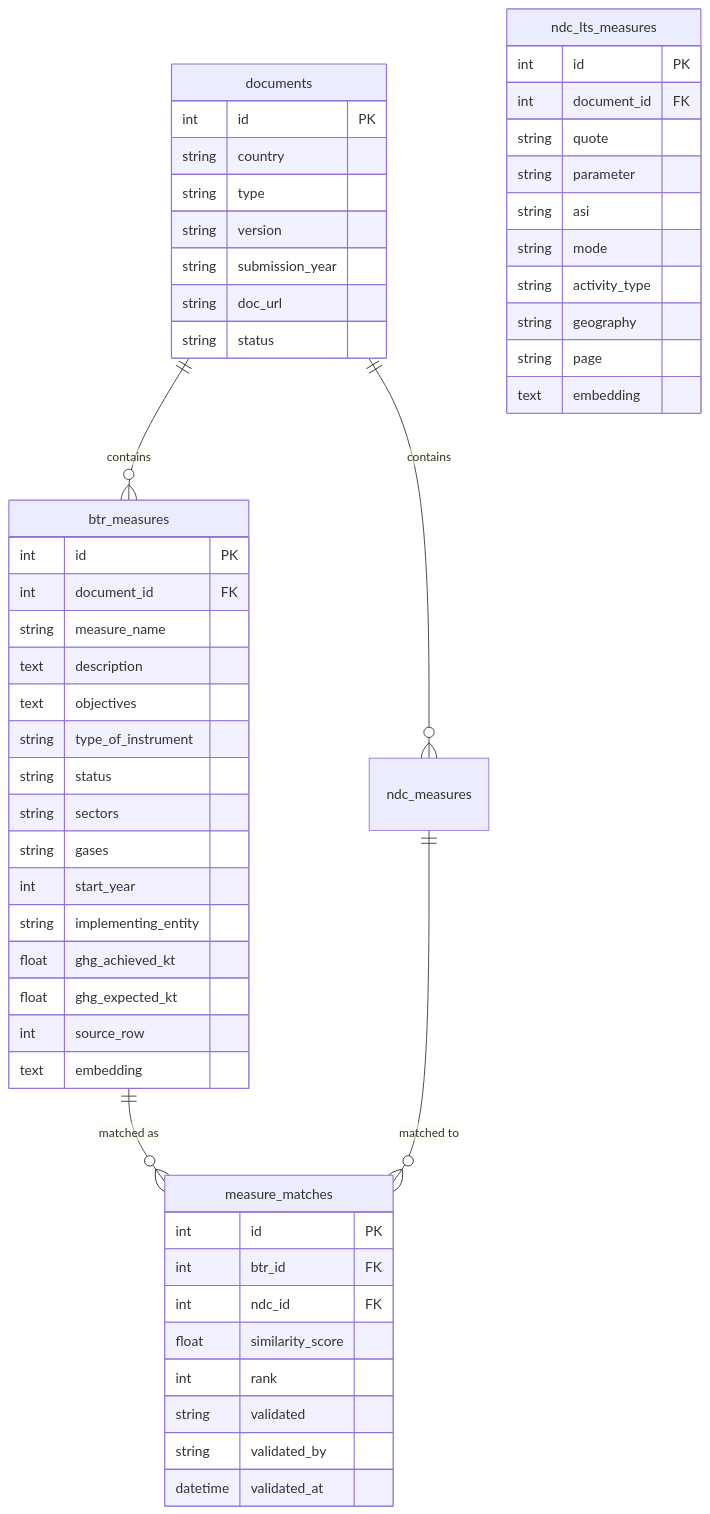
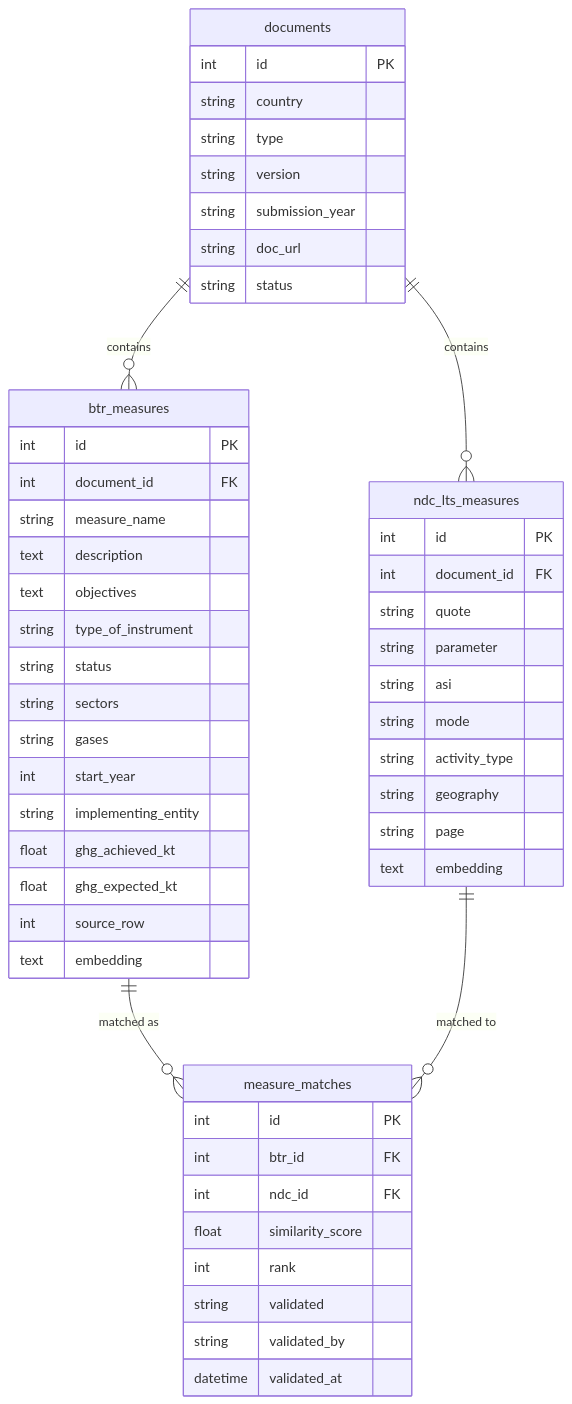
The diagram in README.md (Changing-Transport/btr-analysis), drawn with Mermaid before and after one commit. The commit also changed other lines of this file, not shown here.

````diff
--- a/README.md
+++ b/README.md
@@ -23,59 +23,59 @@
 ```mermaid
 erDiagram
   documents {
     int id PK
     string country
     string type
     string version
     string submission_year
     string doc_url
     string status
   }
 
   btr_measures {
     int id PK
     int document_id FK
     string measure_name
     text description
     text objectives
     string type_of_instrument
     string status
     string sectors
     string gases
     int start_year
     string implementing_entity
     float ghg_achieved_kt
     float ghg_expected_kt
     int source_row
     text embedding
   }
 
   ndc_lts_measures {
     int id PK
     int document_id FK
     string quote
     string parameter
     string asi
     string mode
     string activity_type
     string geography
     string page
     text embedding
   }
 
   measure_matches {
     int id PK
     int btr_id FK
     int ndc_id FK
     float similarity_score
     int rank
     string validated
     string validated_by
     datetime validated_at
   }
 
   documents ||--o{ btr_measures : "contains"
-  documents ||--o{ ndc_measures : "contains"
+  documents ||--o{ ndc_lts_measures : "contains"
   btr_measures ||--o{ measure_matches : "matched as"
-  ndc_measures ||--o{ measure_matches : "matched to"
+  ndc_lts_measures ||--o{ measure_matches : "matched to"
 ```
````
